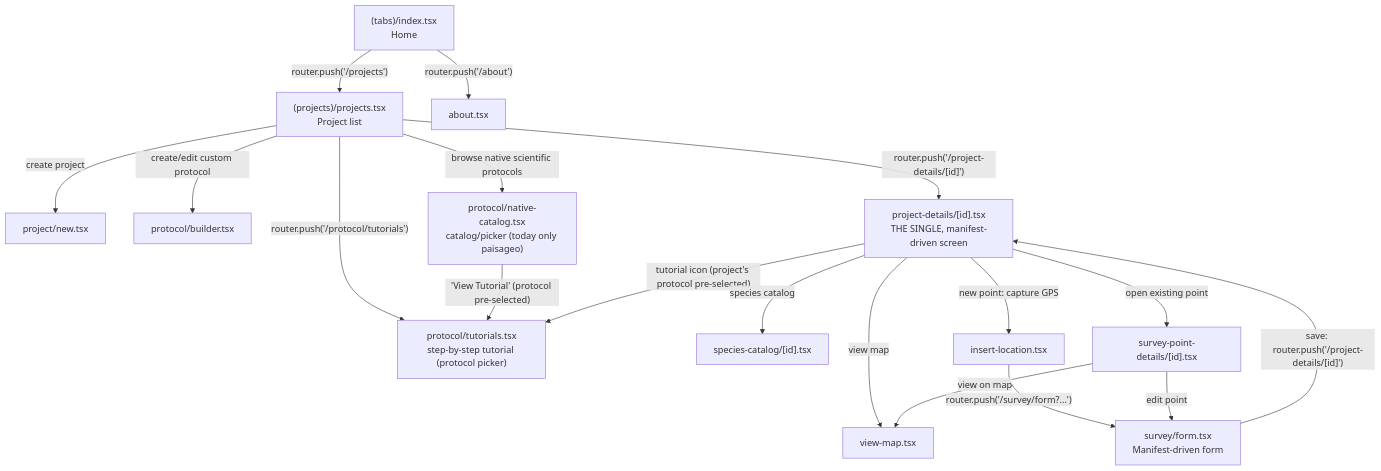
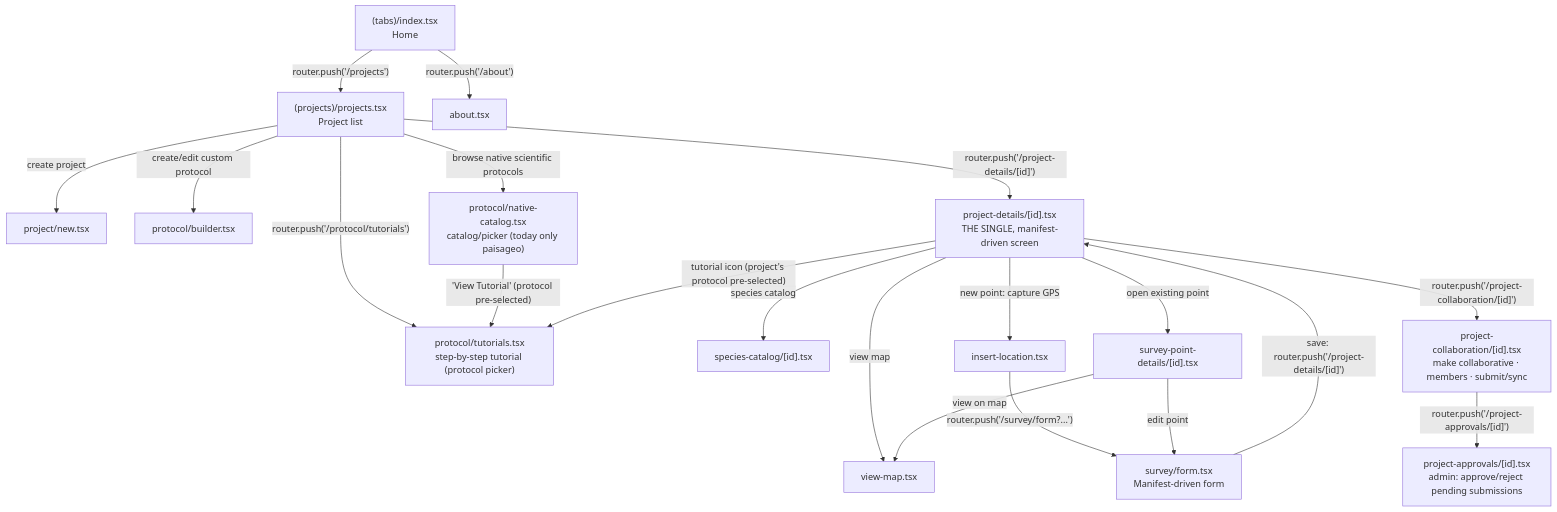
The second of 3 diagrams in docs/09_SCREEN_FLOW.md (pablonvsx/nomos), drawn with Mermaid before and after one commit. The commit also changed other lines of this file and 10 other files, not shown here.

````diff
--- a/docs/09_SCREEN_FLOW.md
+++ b/docs/09_SCREEN_FLOW.md
@@ -21,25 +21,27 @@
 ```mermaid
 flowchart TD
     Home["(tabs)/index.tsx<br/>Home"] -->|"router.push('/projects')"| Projects["(projects)/projects.tsx<br/>Project list"]
     Home -->|"router.push('/about')"| About["about.tsx"]
 
     Projects -->|"create project"| NewProject["project/new.tsx"]
     Projects -->|"create/edit custom protocol"| Builder["protocol/builder.tsx"]
     Projects -->|"browse native scientific protocols"| NativeCatalog["protocol/native-catalog.tsx<br/>catalog/picker (today only paisageo)"]
     Projects -->|"router.push('/protocol/tutorials')"| Tutorials["protocol/tutorials.tsx<br/>step-by-step tutorial (protocol picker)"]
     Projects -->|"router.push('/project-details/[id]')"| Details["project-details/[id].tsx<br/>THE SINGLE, manifest-driven screen"]
 
     NativeCatalog -->|"'View Tutorial' (protocol pre-selected)"| Tutorials
     Details -->|"tutorial icon (project's protocol pre-selected)"| Tutorials
 
     Details -->|"view map"| ViewMap["view-map.tsx"]
     Details -->|"species catalog"| SpeciesCatalog["species-catalog/[id].tsx"]
     Details -->|"new point: capture GPS"| InsertLocation["insert-location.tsx"]
     Details -->|"open existing point"| PointDetails["survey-point-details/[id].tsx"]
+    Details -->|"router.push('/project-collaboration/[id]')"| Collab["project-collaboration/[id].tsx<br/>make collaborative · members · submit/sync"]
+    Collab -->|"router.push('/project-approvals/[id]')"| Approvals["project-approvals/[id].tsx<br/>admin: approve/reject pending submissions"]
 
     InsertLocation -->|"router.push('/survey/form?...')"| Form["survey/form.tsx<br/>Manifest-driven form"]
     PointDetails -->|"edit point"| Form
     PointDetails -->|"view on map"| ViewMap
 
     Form -->|"save: router.push('/project-details/[id]')"| Details
 ```
````
